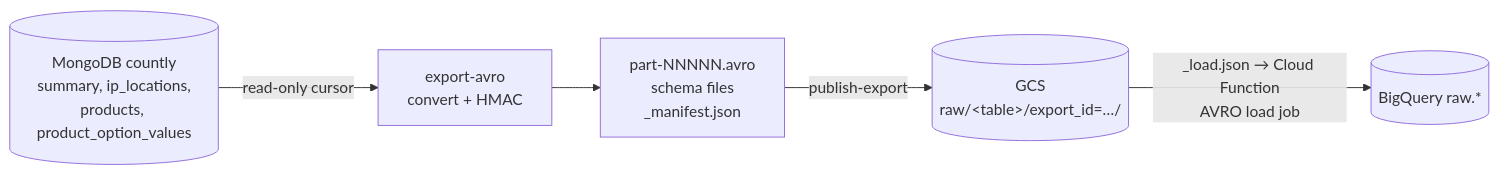
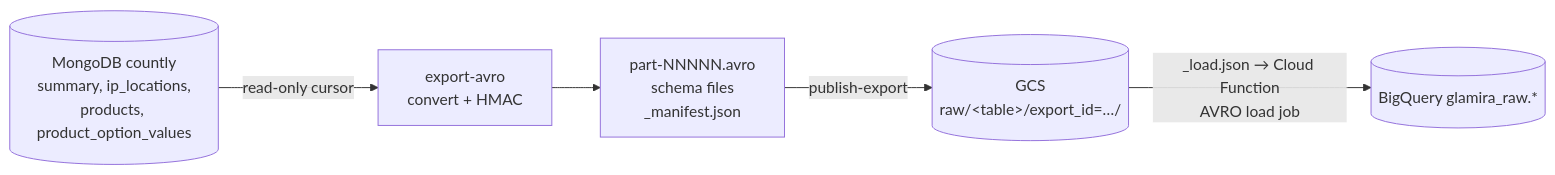
The diagram in docs/raw_layer_contract.md (ducklemon596/ecommerce-clickstream-pipeline-gcp), drawn with Mermaid before and after one commit. The commit also changed other lines of this file and 7 other files, not shown here.

First line of the commit message:
chore(warehouse): name the dataset glamira_raw and the bucket glamira-raw-datalake

````diff
--- a/docs/raw_layer_contract.md
+++ b/docs/raw_layer_contract.md
@@ -15,7 +15,7 @@
 ```mermaid
 flowchart LR
     M[(MongoDB countly<br/>summary, ip_locations,<br/>products, product_option_values)] -->|read-only cursor| C[export-avro<br/>convert + HMAC]
     C --> F[part-NNNNN.avro<br/>schema files<br/>_manifest.json]
     F -->|publish-export| G[(GCS<br/>raw/&lt;table&gt;/export_id=…/)]
-    G -->|_load.json → Cloud Function<br/>AVRO load job| B[(BigQuery raw.*)]
+    G -->|_load.json → Cloud Function<br/>AVRO load job| B[(BigQuery glamira_raw.*)]
 ```
````
